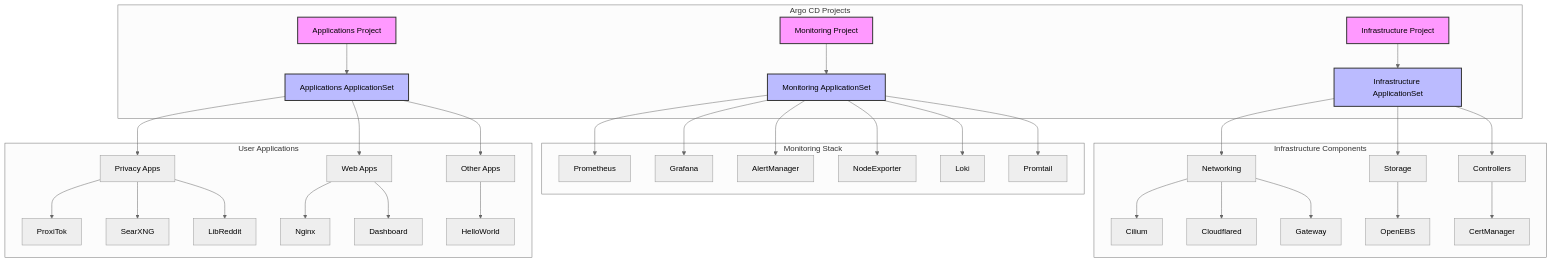
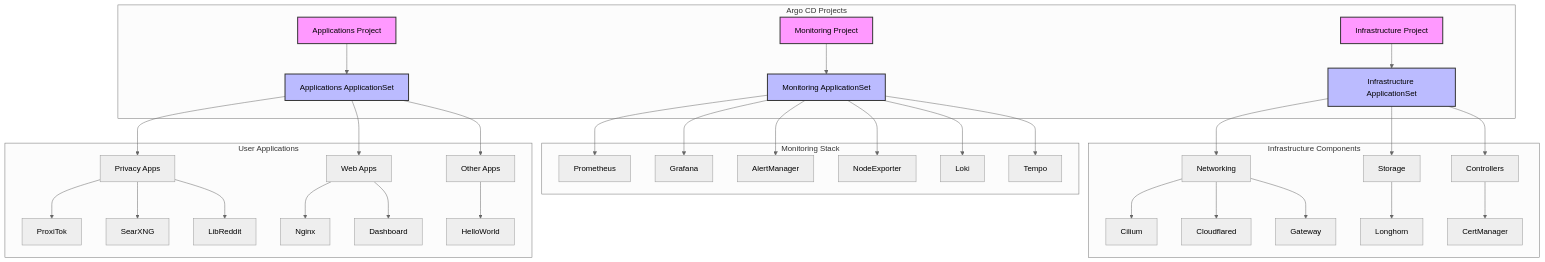
Before and after one commit to mitchross/k3s-argocd-starter: the diagram in readme.md, drawn with Mermaid (neutral theme). The commit also changed other lines of this file and 34 other files, not shown here.

First line of the commit message:
Add monitoring, Copyparty app, and chart upgrades

````diff
--- a/readme.md
+++ b/readme.md
@@ -46,53 +46,53 @@
 ```mermaid
 graph TD
     subgraph "Argo CD Projects"
         IP[Infrastructure Project] --> IAS[Infrastructure ApplicationSet]
         AP[Applications Project] --> AAS[Applications ApplicationSet]
         MP[Monitoring Project] --> MAS[Monitoring ApplicationSet]
     end
     
     subgraph "Infrastructure Components"
         IAS --> N[Networking]
         IAS --> S[Storage]
         IAS --> C[Controllers]
         
         N --> Cilium
         N --> Cloudflared
         N --> Gateway
         
-        S --> OpenEBS
+        S --> Longhorn
         
         C --> CertManager
     end
     
     subgraph "Monitoring Stack"
         MAS --> Prometheus
         MAS --> Grafana
         MAS --> AlertManager
         MAS --> NodeExporter
         MAS --> Loki
-        MAS --> Promtail
+        MAS --> Tempo
     end
     
     subgraph "User Applications"
         AAS --> P[Privacy Apps]
         AAS --> Web[Web Apps]
         AAS --> Other[Other Apps]
         
         P --> ProxiTok
         P --> SearXNG
         P --> LibReddit
         
         Web --> Nginx
         Web --> Dashboard
         
         Other --> HelloWorld
     end
 
     style IP fill:#f9f,stroke:#333,stroke-width:2px
     style AP fill:#f9f,stroke:#333,stroke-width:2px
     style MP fill:#f9f,stroke:#333,stroke-width:2px
     style IAS fill:#bbf,stroke:#333,stroke-width:2px
     style AAS fill:#bbf,stroke:#333,stroke-width:2px
     style MAS fill:#bbf,stroke:#333,stroke-width:2px
 ```
````
